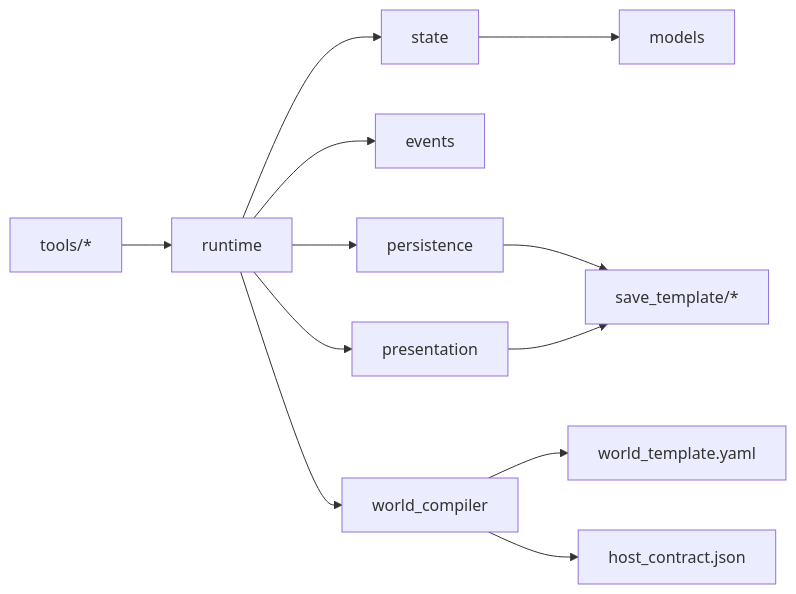
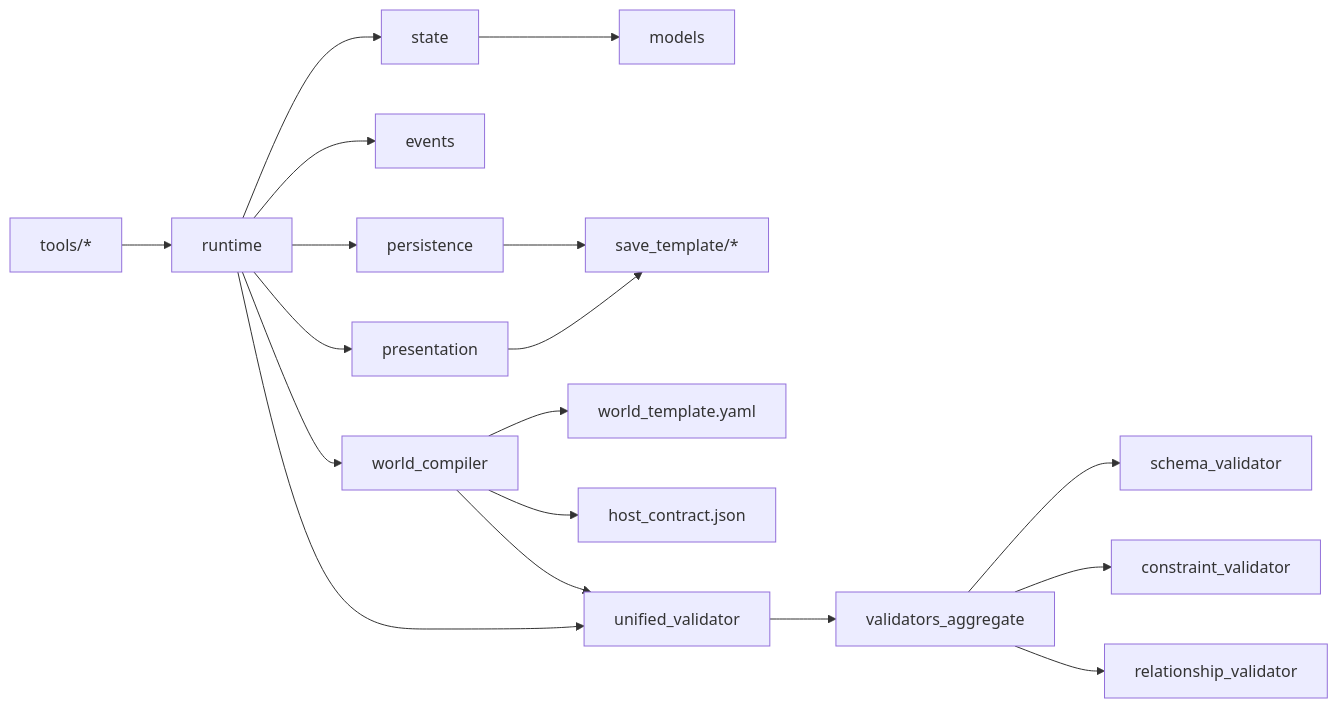
Before and after one commit to Ivandanslespace/thegreatnovel: the sixth of 6 diagrams in .qoder/repowiki/zh/content/运行时系统/运行时系统.md, drawn with Mermaid. The commit also changed other lines of this file and 55 other files, not shown here.

````diff
--- a/.qoder/repowiki/zh/content/运行时系统/运行时系统.md
+++ b/.qoder/repowiki/zh/content/运行时系统/运行时系统.md
@@ -370,14 +506,20 @@
 ```mermaid
 graph LR
 RT["runtime"] --> ST["state"]
 RT --> EV["events"]
 RT --> PS["persistence"]
 RT --> PRE["presentation"]
 RT --> WC["world_compiler"]
+RT --> UV["unified_validator"]
 ST --> MD["models"]
 WC --> WT["world_template.yaml"]
 WC --> HC["host_contract.json"]
+WC --> UV
+UV --> VA["validators_aggregate"]
+VA --> SV["schema_validator"]
+VA --> CV["constraint_validator"]
+VA --> RV["relationship_validator"]
 PS --> TPL["save_template/*"]
 PRE --> TPL
 TOOLS["tools/*"] --> RT
 ```
````
